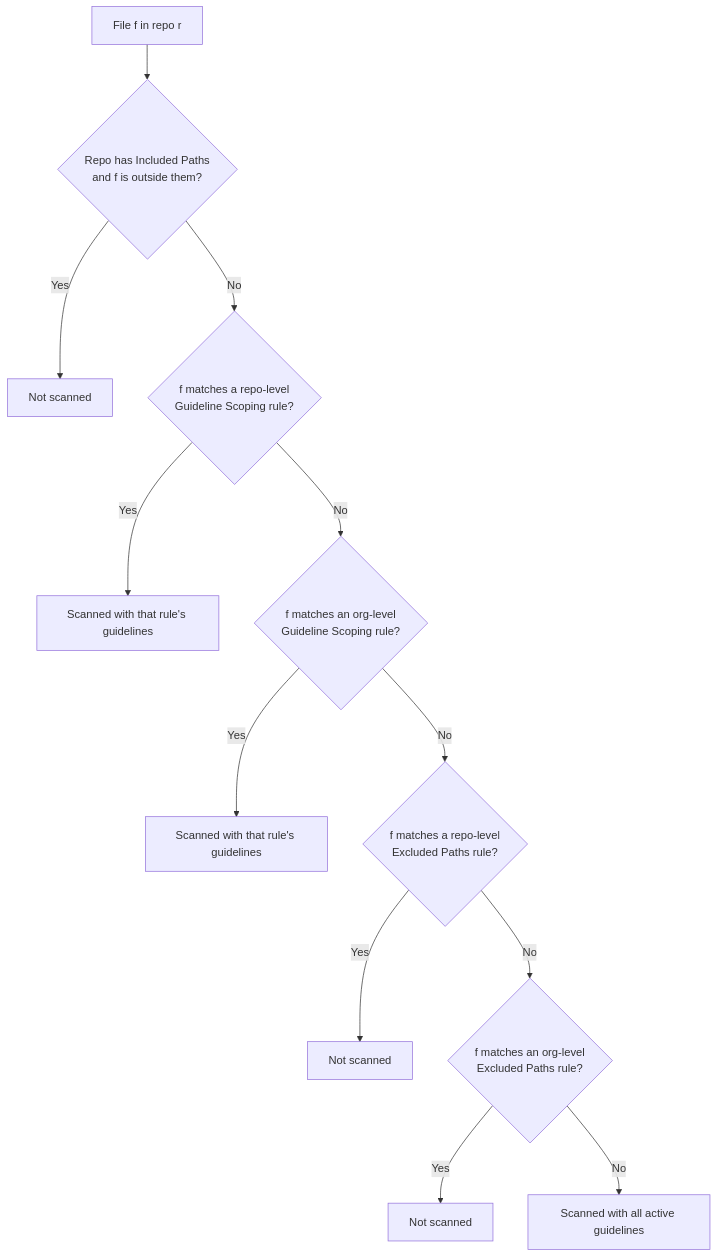
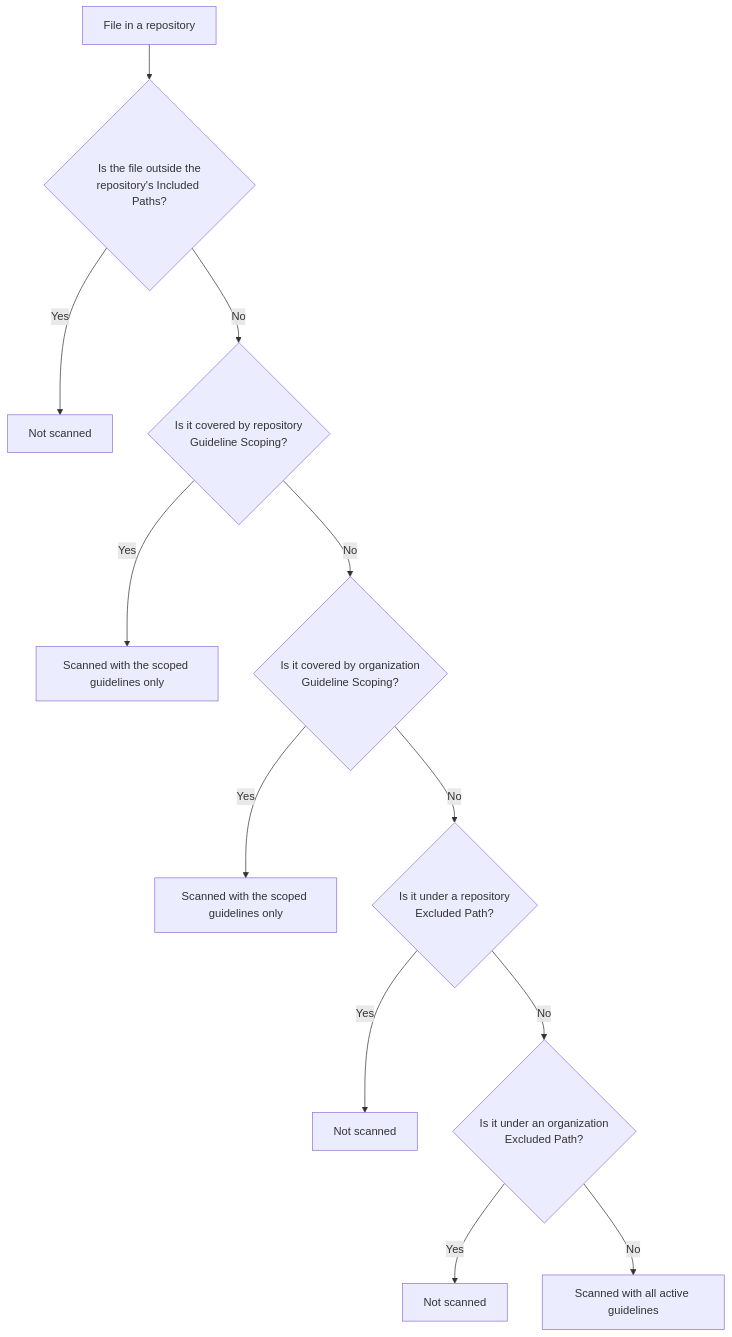
Before and after one commit to Daniel-Avital/docs: the diagram in essentials/pandorian-guides.mdx, drawn with Mermaid. The commit also changed other lines of this file, not shown here.

````diff
--- a/essentials/pandorian-guides.mdx
+++ b/essentials/pandorian-guides.mdx
@@ -225,14 +225,14 @@
 ```mermaid
 flowchart TD
-    A[File f in repo r] --> B{Repo has Included Paths<br/>and f is outside them?}
+    A[File in a repository] --> B{Is the file outside the<br/>repository's Included Paths?}
     B -->|Yes| B1[Not scanned]
-    B -->|No| C{f matches a repo-level<br/>Guideline Scoping rule?}
-    C -->|Yes| C1[Scanned with that rule's guidelines]
-    C -->|No| D{f matches an org-level<br/>Guideline Scoping rule?}
-    D -->|Yes| D1[Scanned with that rule's guidelines]
-    D -->|No| E{f matches a repo-level<br/>Excluded Paths rule?}
+    B -->|No| C{Is it covered by repository<br/>Guideline Scoping?}
+    C -->|Yes| C1[Scanned with the scoped guidelines only]
+    C -->|No| D{Is it covered by organization<br/>Guideline Scoping?}
+    D -->|Yes| D1[Scanned with the scoped guidelines only]
+    D -->|No| E{Is it under a repository<br/>Excluded Path?}
     E -->|Yes| E1[Not scanned]
-    E -->|No| F{f matches an org-level<br/>Excluded Paths rule?}
+    E -->|No| F{Is it under an organization<br/>Excluded Path?}
     F -->|Yes| F1[Not scanned]
     F -->|No| G[Scanned with all active guidelines]
 ```
````
